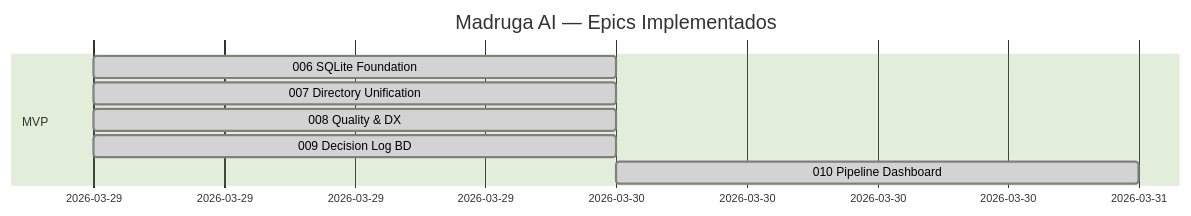
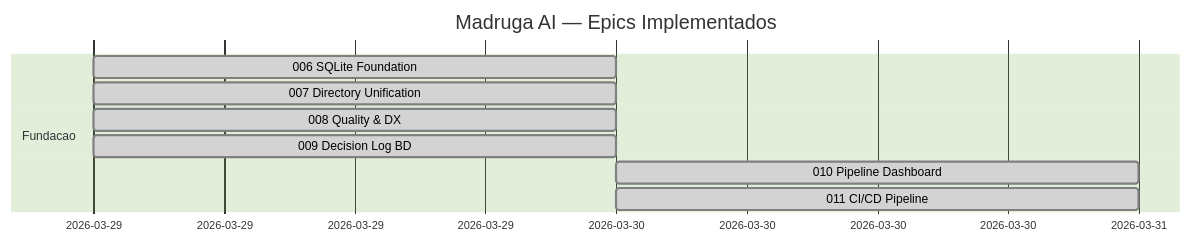
Before and after one commit to paceautomations/madruga.ai: the first of 3 diagrams in platforms/madruga-ai/planning/roadmap.md, drawn with Mermaid (forest theme). The commit also changed other lines of this file and 74 other files, not shown here.

First line of the commit message:
feat: epic-breakdown, roadmap expansion, skills hardening, portal polish, new ADRs 018-019

````diff
--- a/platforms/madruga-ai/planning/roadmap.md
+++ b/platforms/madruga-ai/planning/roadmap.md
@@ -9,11 +33,12 @@
 ```mermaid
 gantt
     title Madruga AI — Epics Implementados
     dateFormat YYYY-MM-DD
-    section MVP
+    section Fundacao
     006 SQLite Foundation       :done, e006, 2026-03-29, 1d
     007 Directory Unification   :done, e007, 2026-03-29, 1d
     008 Quality & DX            :done, e008, 2026-03-29, 1d
     009 Decision Log BD         :done, e009, 2026-03-29, 1d
     010 Pipeline Dashboard      :done, e010, 2026-03-30, 1d
+    011 CI/CD Pipeline          :done, e011, 2026-03-30, 1d
 ```
````
